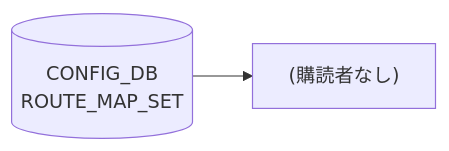
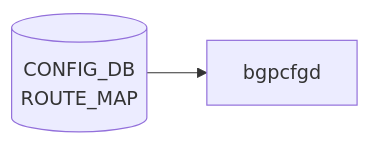
One commit to aoki-taquan/sonic-unofficial-docs changed the diagram in docs/reference/config-db/route-map-set.md. Above: the diagram before and after it, drawn with Mermaid. The commit also changed other lines of this file and 359 other files, not shown here.

````diff
--- a/docs/reference/config-db/route-map-set.md
+++ b/docs/reference/config-db/route-map-set.md
@@ -34,6 +34,6 @@
 ```mermaid
 flowchart LR
-  CDB[("CONFIG_DB<br/>ROUTE_MAP_SET")]
-  NOTE["(購読者なし)"]
-  CDB --> NOTE
+  CDB[("CONFIG_DB<br/>ROUTE_MAP")]
+  DM["bgpcfgd"]
+  CDB --> DM
 ```
````
